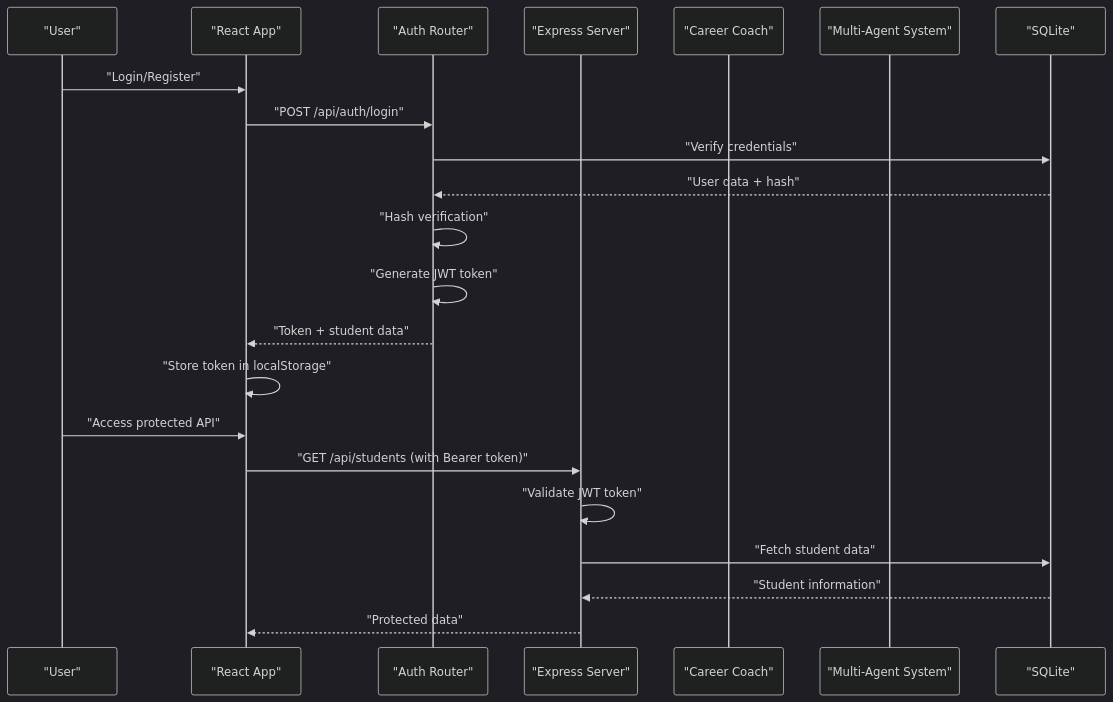
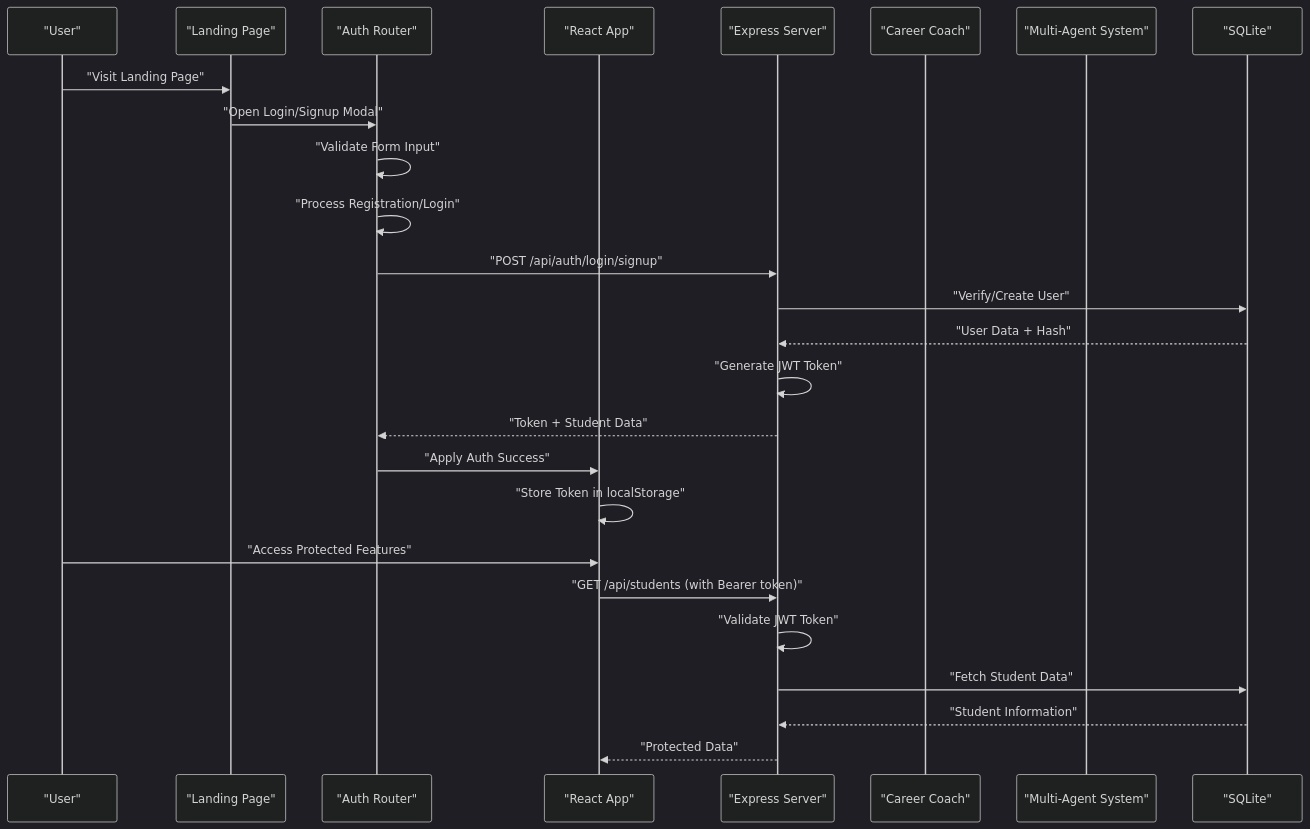
Before and after one commit to Alishba-Moin/CareerCompass: the second of 3 diagrams in .qoder/repowiki/en/content/Project Overview.md, drawn with Mermaid (dark theme). The commit also changed other lines of this file and 8 other files, not shown here.

````diff
--- a/.qoder/repowiki/en/content/Project Overview.md
+++ b/.qoder/repowiki/en/content/Project Overview.md
@@ -160,24 +175,29 @@
 ```mermaid
 sequenceDiagram
 participant User as "User"
+participant Landing as "Landing Page"
+participant Auth as "Auth Modal"
 participant Frontend as "React App"
 participant Auth as "Auth Router"
 participant Backend as "Express Server"
 participant Orchestrator as "Career Coach"
 participant Agents as "Multi-Agent System"
 participant Database as "SQLite"
-User->>Frontend : "Login/Register"
-Frontend->>Auth : "POST /api/auth/login"
-Auth->>Database : "Verify credentials"
-Database-->>Auth : "User data + hash"
-Auth->>Auth : "Hash verification"
-Auth->>Auth : "Generate JWT token"
-Auth-->>Frontend : "Token + student data"
-Frontend->>Frontend : "Store token in localStorage"
-User->>Frontend : "Access protected API"
+User->>Landing : "Visit Landing Page"
+Landing->>Auth : "Open Login/Signup Modal"
+Auth->>Auth : "Validate Form Input"
+Auth->>Auth : "Process Registration/Login"
+Auth->>Backend : "POST /api/auth/login/signup"
+Backend->>Database : "Verify/Create User"
+Database-->>Backend : "User Data + Hash"
+Backend->>Backend : "Generate JWT Token"
+Backend-->>Auth : "Token + Student Data"
+Auth->>Frontend : "Apply Auth Success"
+Frontend->>Frontend : "Store Token in localStorage"
+User->>Frontend : "Access Protected Features"
 Frontend->>Backend : "GET /api/students (with Bearer token)"
-Backend->>Backend : "Validate JWT token"
-Backend->>Database : "Fetch student data"
-Database-->>Backend : "Student information"
-Backend-->>Frontend : "Protected data"
+Backend->>Backend : "Validate JWT Token"
+Backend->>Database : "Fetch Student Data"
+Database-->>Backend : "Student Information"
+Backend-->>Frontend : "Protected Data"
 ```
````
